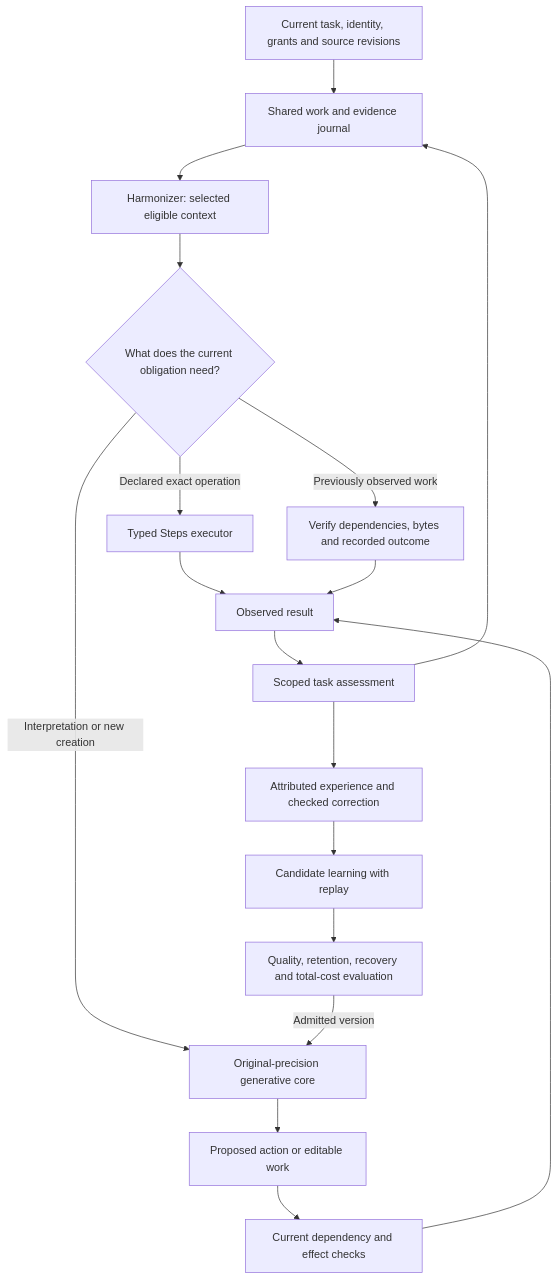
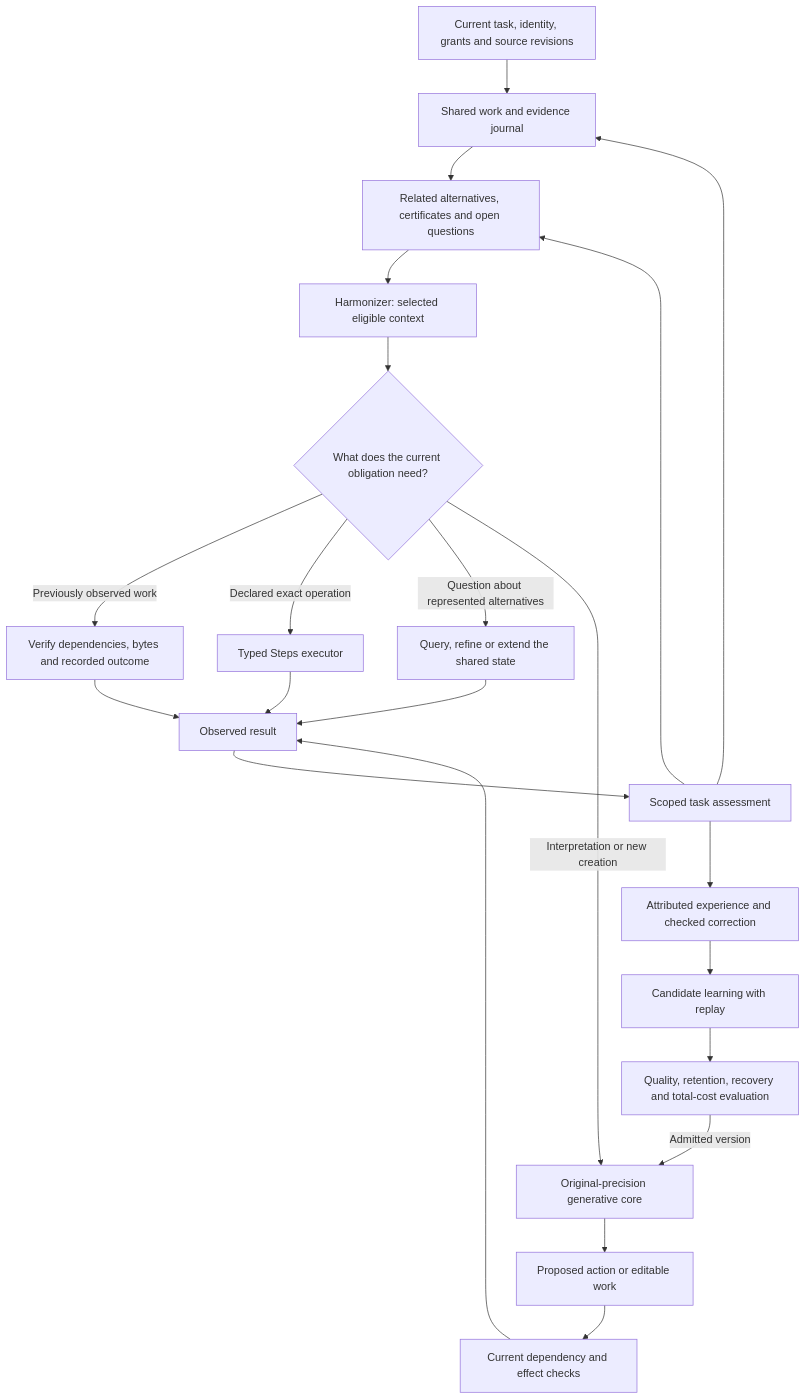
One commit to virideanil/aai changed the diagram in docs/wiring.md. Above: the diagram before and after it, drawn with Mermaid. The commit also changed other lines of this file and 17 other files, not shown here.

````diff
--- a/docs/wiring.md
+++ b/docs/wiring.md
@@ -17,20 +17,24 @@
 ```mermaid
 flowchart TD
     T[Current task, identity, grants and source revisions] --> J[Shared work and evidence journal]
-    J --> H[Harmonizer: selected eligible context]
+    J --> S[Related alternatives, certificates and open questions]
+    S --> H[Harmonizer: selected eligible context]
     H --> R{What does the current obligation need?}
     R -->|Previously observed work| U[Verify dependencies, bytes and recorded outcome]
     R -->|Declared exact operation| E[Typed Steps executor]
+    R -->|Question about represented alternatives| F[Query, refine or extend the shared state]
     R -->|Interpretation or new creation| C[Original-precision generative core]
     C --> P[Proposed action or editable work]
     E --> O[Observed result]
+    F --> O
     U --> O
     P --> V[Current dependency and effect checks]
     V --> O
     O --> A[Scoped task assessment]
     A --> J
+    A --> S
     A --> L[Attributed experience and checked correction]
     L --> B[Candidate learning with replay]
     B --> G[Quality, retention, recovery and total-cost evaluation]
     G -->|Admitted version| C
 ```
````
